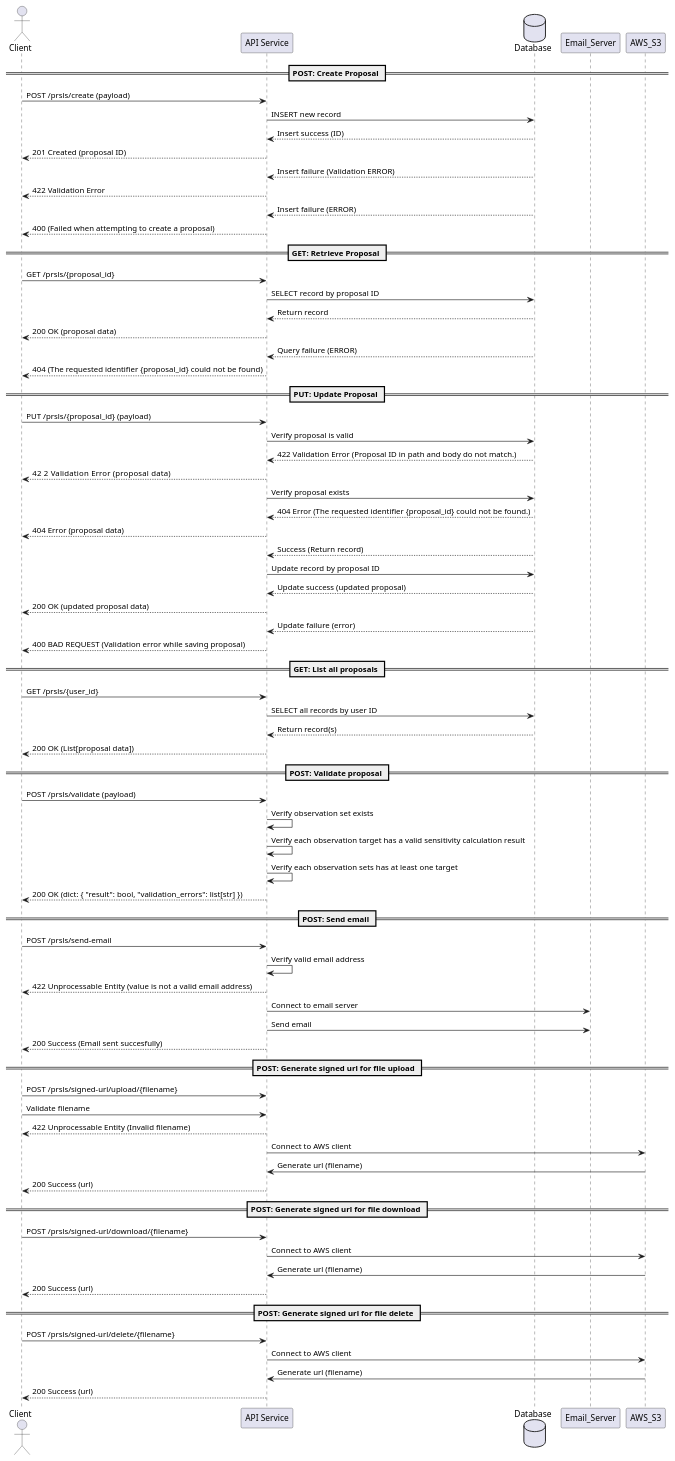
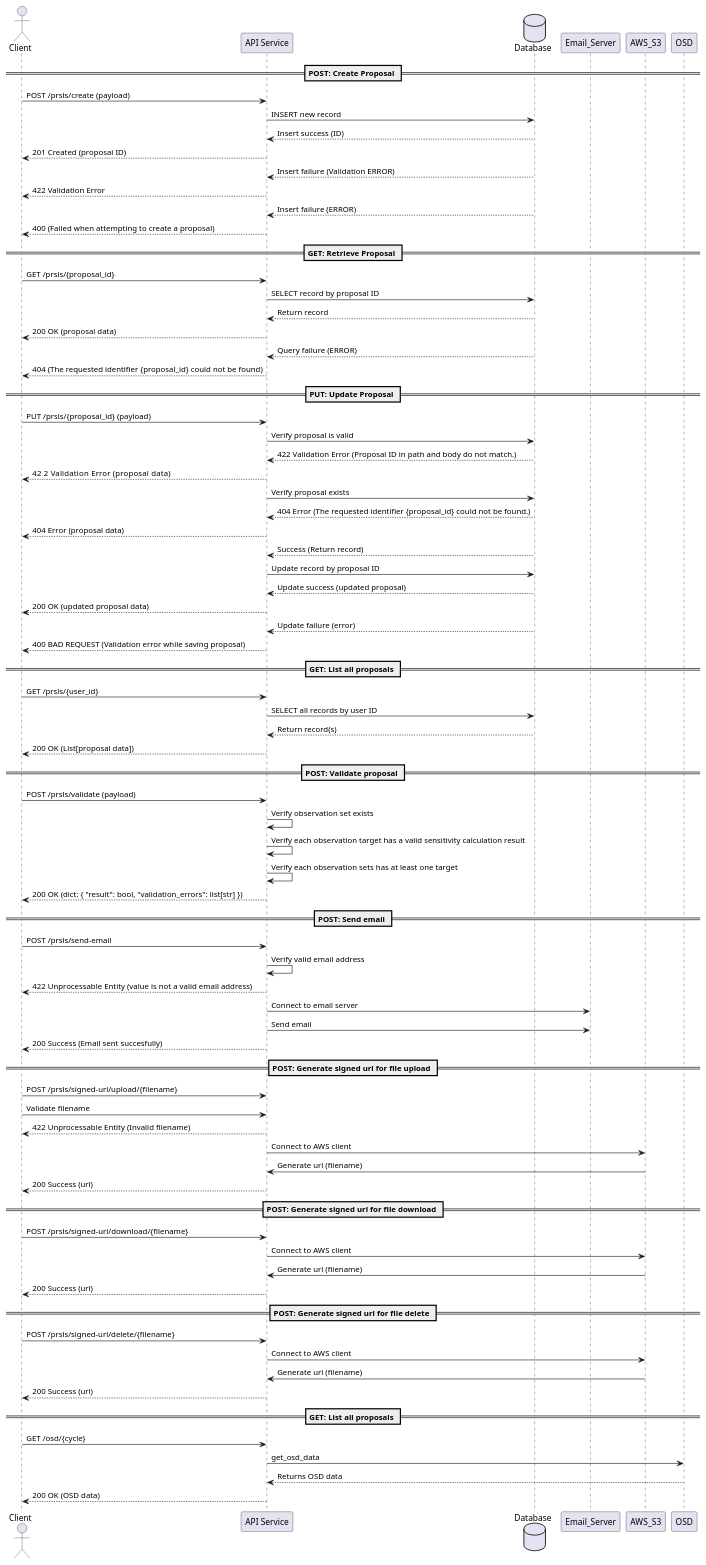
One commit to ska-telescope/ska-oso-services changed the diagram in docs/src/internal/diagrams/ppt_endpoints.puml. Above: the diagram before and after it, drawn with PlantUML. The commit also changed 1 other file, not shown here.

```diff
--- a/docs/src/internal/diagrams/ppt_endpoints.puml
+++ b/docs/src/internal/diagrams/ppt_endpoints.puml
@@ -1,70 +1,75 @@
 @startuml
 actor Client
 participant "API Service" as Service
 database "Database" as DB
 == POST: Create Proposal ==
 Client -> Service: POST /prsls/create (payload)
 Service -> DB: INSERT new record
 DB --> Service: Insert success (ID)
 Service --> Client: 201 Created (proposal ID)
 DB --> Service: Insert failure (Validation ERROR)
 Service --> Client: 422 Validation Error
 DB --> Service: Insert failure (ERROR)
 Service --> Client: 400 (Failed when attempting to create a proposal)
 == GET: Retrieve Proposal ==
 Client -> Service: GET /prsls/{proposal_id}
 Service -> DB: SELECT record by proposal ID
 DB --> Service: Return record
 Service --> Client: 200 OK (proposal data)
 DB --> Service: Query failure (ERROR)
 Service --> Client: 404 (The requested identifier {proposal_id} could not be found) 
 == PUT: Update Proposal ==
 Client -> Service: PUT /prsls/{proposal_id} (payload)
 Service -> DB: Verify proposal is valid 
 DB --> Service: 422 Validation Error (Proposal ID in path and body do not match.)
 Service --> Client: 42    2 Validation Error (proposal data)
 Service -> DB: Verify proposal exists 
 DB --> Service: 404 Error (The requested identifier {proposal_id} could not be found.)
 Service --> Client: 404 Error (proposal data)
 DB --> Service: Success (Return record)
 Service -> DB: Update record by proposal ID
 DB --> Service: Update success (updated proposal)
 Service --> Client: 200 OK (updated proposal data)
 DB --> Service: Update failure (error)
 Service --> Client: 400 BAD REQUEST (Validation error while saving proposal)
 == GET: List all proposals ==
 Client -> Service: GET /prsls/{user_id}
 Service -> DB: SELECT all records by user ID
 DB --> Service: Return record(s)
 Service --> Client: 200 OK (List[proposal data])
 == POST: Validate proposal ==
 Client -> Service: POST /prsls/validate (payload)
 Service -> Service: Verify observation set exists
 Service -> Service: Verify each observation target has a valid sensitivity calculation result
 Service -> Service: Verify each observation sets has at least one target
 Service --> Client: 200 OK (dict: { "result": bool, "validation_errors": list[str] })
 == POST: Send email ==
 Client -> Service: POST /prsls/send-email
 Service -> Service: Verify valid email address
 Service --> Client: 422 Unprocessable Entity (value is not a valid email address)
 Service -> Email_Server: Connect to email server
 Service -> Email_Server: Send email
 Service --> Client: 200 Success (Email sent succesfully)
 == POST: Generate signed url for file upload ==
 Client -> Service: POST /prsls/signed-url/upload/{filename}
 Client -> Service: Validate filename
 Service --> Client: 422 Unprocessable Entity (Invalid filename)
 Service -> AWS_S3: Connect to AWS client
 AWS_S3 -> Service: Generate url (filename)
 Service --> Client: 200 Success (url)
 == POST: Generate signed url for file download ==
 Client -> Service: POST /prsls/signed-url/download/{filename}
 Service -> AWS_S3: Connect to AWS client
 AWS_S3 -> Service: Generate url (filename)
 Service --> Client: 200 Success (url)
 == POST: Generate signed url for file delete ==
 Client -> Service: POST /prsls/signed-url/delete/{filename}
 Service -> AWS_S3: Connect to AWS client
 AWS_S3 -> Service: Generate url (filename)
 Service --> Client: 200 Success (url)
+== GET: List all proposals ==
+Client -> Service: GET /osd/{cycle}
+Service -> OSD: get_osd_data
+OSD --> Service: Returns OSD data
+Service --> Client: 200 OK (OSD data)
 @enduml
```
